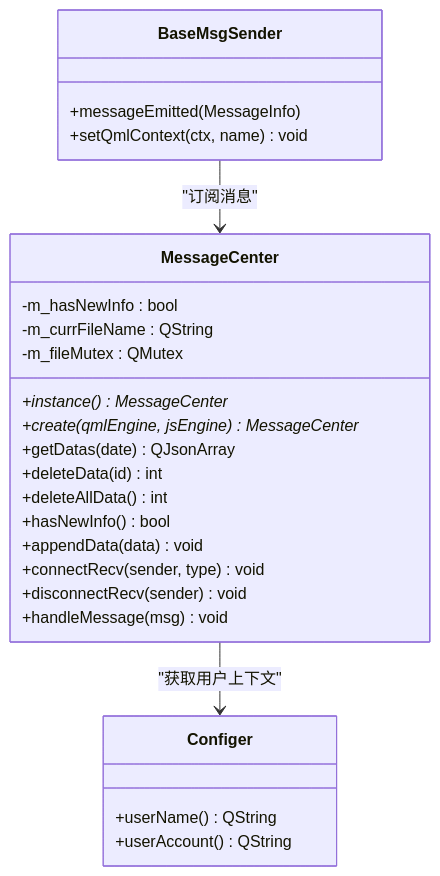
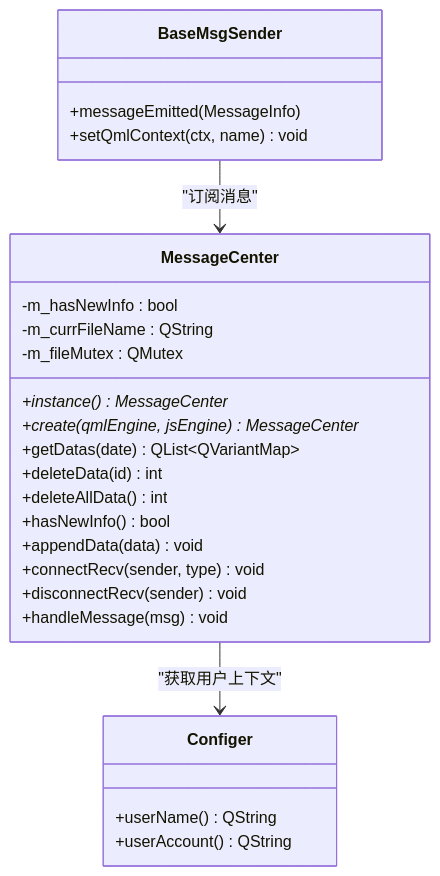
The third of 8 diagrams in .qoder/repowiki/zh/content/核心模块/消息中心模块.md (ihula/QmlPlugins), drawn with Mermaid before and after one commit. The commit also changed other lines of this file and 13 other files, not shown here.

````diff
--- a/.qoder/repowiki/zh/content/核心模块/消息中心模块.md
+++ b/.qoder/repowiki/zh/content/核心模块/消息中心模块.md
@@ -142,28 +134,28 @@
 ```mermaid
 classDiagram
 class MessageCenter {
 +instance() MessageCenter*
 +create(qmlEngine, jsEngine) MessageCenter*
-+getDatas(date) QJsonArray
++getDatas(date) QList~QVariantMap~
 +deleteData(id) int
 +deleteAllData() int
 +hasNewInfo() bool
 +appendData(data) void
 +connectRecv(sender, type) void
 +disconnectRecv(sender) void
 +handleMessage(msg) void
 -m_hasNewInfo : bool
 -m_currFileName : QString
 -m_fileMutex : QMutex
 }
 class BaseMsgSender {
 +messageEmitted(MessageInfo)
 +setQmlContext(ctx, name) void
 }
 class Configer {
 +userName() QString
 +userAccount() QString
 }
 MessageCenter --> Configer : "获取用户上下文"
 BaseMsgSender --> MessageCenter : "订阅消息"
 ```
````
